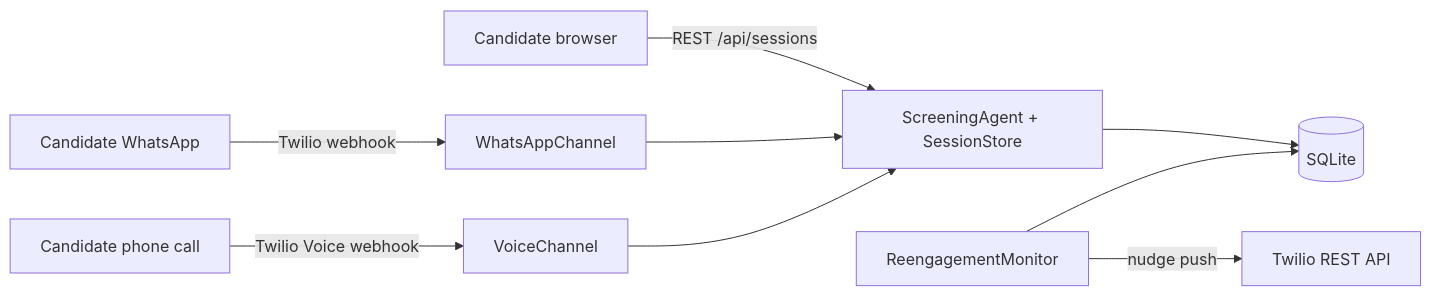
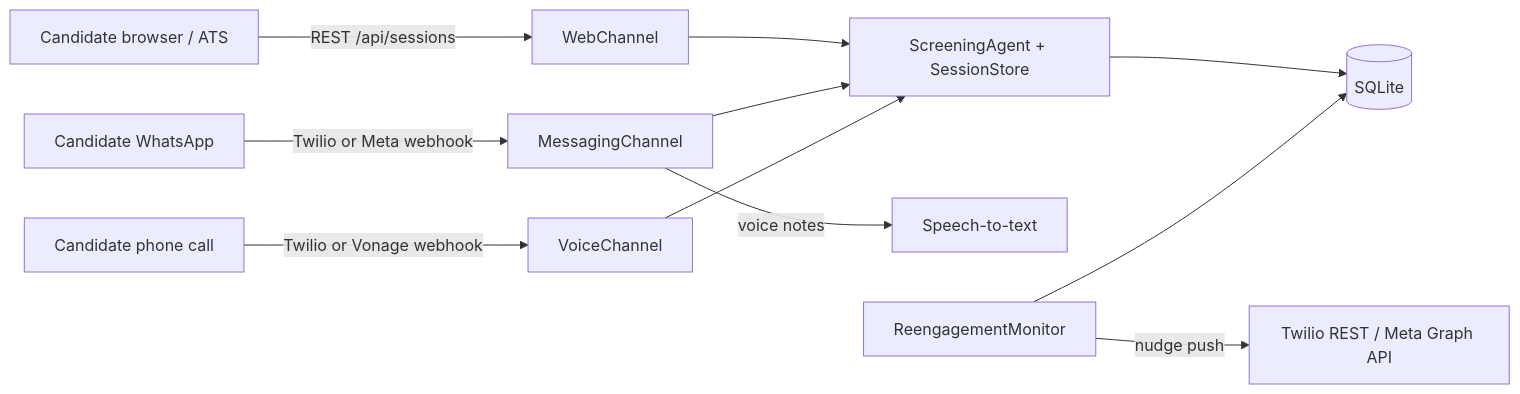
The diagram in docs/channels.md (DalWhite/screening-agent), drawn with Mermaid before and after one commit. The commit also changed other lines of this file and 137 other files, not shown here.

````diff
--- a/docs/channels.md
+++ b/docs/channels.md
@@ -8,11 +8,13 @@
 ```mermaid
 flowchart LR
-    C1[Candidate browser] -->|REST /api/sessions| APP
-    C2[Candidate WhatsApp] -->|Twilio webhook| WA[WhatsAppChannel]
-    C3[Candidate phone call] -->|Twilio Voice webhook| VC[VoiceChannel]
+    C1[Candidate browser / ATS] -->|REST /api/sessions| WEB[WebChannel]
+    WEB --> APP
+    C2[Candidate WhatsApp] -->|Twilio or Meta webhook| WA[MessagingChannel]
+    C3[Candidate phone call] -->|Twilio or Vonage webhook| VC[VoiceChannel]
     WA --> APP[ScreeningAgent + SessionStore]
     VC --> APP
     APP --> DB[(SQLite)]
-    MON[ReengagementMonitor] -->|nudge push| TW[Twilio REST API]
+    WA -->|voice notes| STT[Speech-to-text]
+    MON[ReengagementMonitor] -->|nudge push| TW[Twilio REST / Meta Graph API]
     MON --> DB
 ```
````
